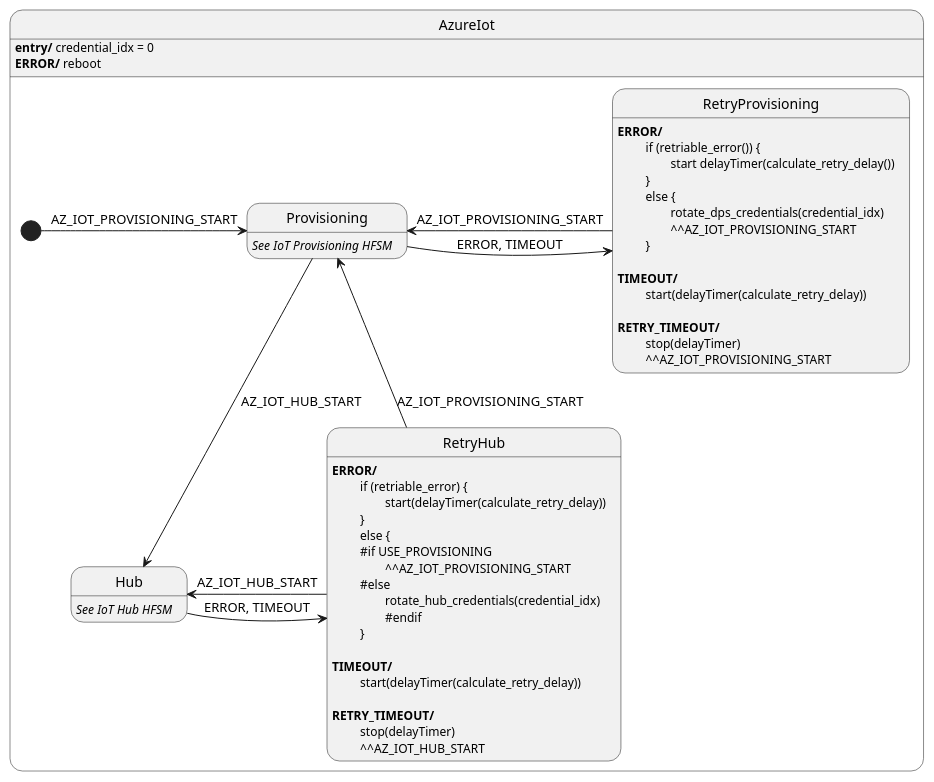
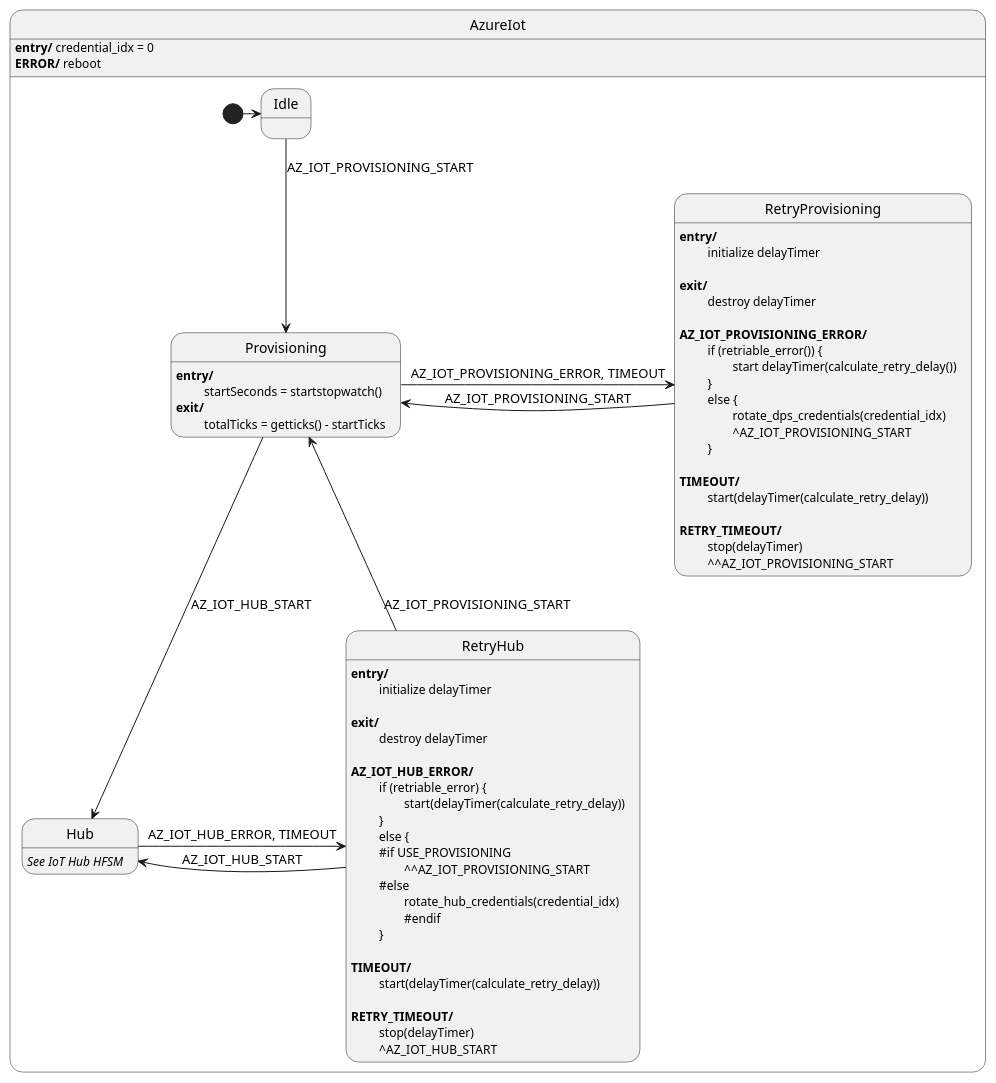
Before and after one commit to Azure-Samples/iot-middleware-freertos-samples: the diagram in demos/common/hfsm/doc/iot_hfsm.puml, drawn with PlantUML. The commit also changed 6 other files, not shown here.

```diff
--- a/demos/common/hfsm/doc/iot_hfsm.puml
+++ b/demos/common/hfsm/doc/iot_hfsm.puml
@@ -1,60 +1,78 @@
 @startuml
 
 state AzureIot {
+    state Idle
+    
     state Provisioning
-    Provisioning: <i>See IoT Provisioning HFSM</i>
+    Provisioning: <b>entry/</b>
+    Provisioning: \t startSeconds = startstopwatch()
+    Provisioning: <b>exit/</b>
+    Provisioning: \t totalTicks = getticks() - startTicks
 
     state RetryProvisioning
-    RetryProvisioning : <b>ERROR/</b>
+    RetryProvisioning : <b>entry/</b>
+    RetryProvisioning : \t initialize delayTimer
+    RetryProvisioning : 
+    RetryProvisioning : <b>exit/</b>
+    RetryProvisioning : \t destroy delayTimer
+    RetryProvisioning : 
+    RetryProvisioning : <b>AZ_IOT_PROVISIONING_ERROR/</b>
     RetryProvisioning : \t if (retriable_error()) {
     RetryProvisioning : \t\t start delayTimer(calculate_retry_delay())
     RetryProvisioning : \t }
     RetryProvisioning : \t else {
     RetryProvisioning : \t\t rotate_dps_credentials(credential_idx)
-    RetryProvisioning : \t\t ^^AZ_IOT_PROVISIONING_START
+    RetryProvisioning : \t\t ^AZ_IOT_PROVISIONING_START
     RetryProvisioning : \t }
     RetryProvisioning :
     RetryProvisioning : <b>TIMEOUT/</b>
     RetryProvisioning : \t start(delayTimer(calculate_retry_delay))
     RetryProvisioning :
     RetryProvisioning : <b>RETRY_TIMEOUT/</b>
     RetryProvisioning : \t stop(delayTimer)
     RetryProvisioning : \t ^^AZ_IOT_PROVISIONING_START
 
     state Hub
     Hub: <i>See IoT Hub HFSM</i>
 
     state RetryHub
-    RetryHub : <b>ERROR/</b>
+    RetryHub : <b>entry/</b>
+    RetryHub : \t initialize delayTimer
+    RetryHub : 
+    RetryHub : <b>exit/</b>
+    RetryHub : \t destroy delayTimer
+    RetryHub : 
+    RetryHub : <b>AZ_IOT_HUB_ERROR/</b>
     RetryHub : \t if (retriable_error) {
     RetryHub : \t\t start(delayTimer(calculate_retry_delay))
     RetryHub : \t }
     RetryHub : \t else {
     RetryHub : \t #if USE_PROVISIONING
     RetryHub : \t\t ^^AZ_IOT_PROVISIONING_START
     RetryHub : \t #else
     RetryHub : \t\t rotate_hub_credentials(credential_idx)
     RetryHub : \t\t #endif
     RetryHub : \t }
     RetryHub :
     RetryHub : <b>TIMEOUT/</b>
     RetryHub : \t start(delayTimer(calculate_retry_delay))
     RetryHub :
     RetryHub : <b>RETRY_TIMEOUT/</b>
     RetryHub : \t stop(delayTimer)
-    RetryHub : \t ^^AZ_IOT_HUB_START
+    RetryHub : \t ^AZ_IOT_HUB_START
 
-    [*] -> Provisioning : AZ_IOT_PROVISIONING_START
+    [*] -> Idle
+    Idle --> Provisioning : AZ_IOT_PROVISIONING_START
     Provisioning --> Hub : AZ_IOT_HUB_START
-    Provisioning -> RetryProvisioning : ERROR, TIMEOUT
+    Provisioning -> RetryProvisioning : AZ_IOT_PROVISIONING_ERROR, TIMEOUT
 
     RetryProvisioning -> Provisioning : AZ_IOT_PROVISIONING_START
-    Hub -> RetryHub : ERROR, TIMEOUT
+    Hub -> RetryHub : AZ_IOT_HUB_ERROR, TIMEOUT
     RetryHub -> Hub : AZ_IOT_HUB_START
     RetryHub -> Provisioning : AZ_IOT_PROVISIONING_START
 }
 
 AzureIot : <b>entry/</b> credential_idx = 0
 AzureIot : <b>ERROR/</b> reboot
 
 @enduml
```
